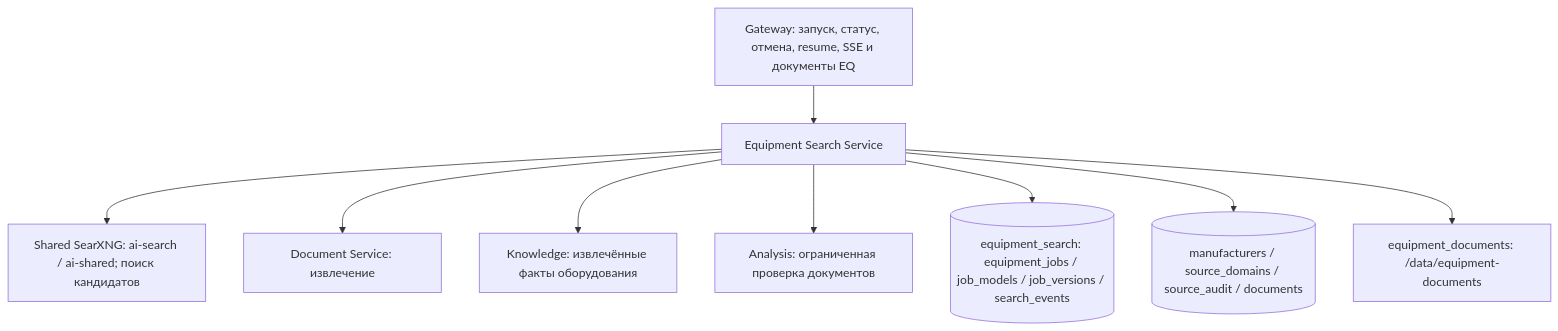
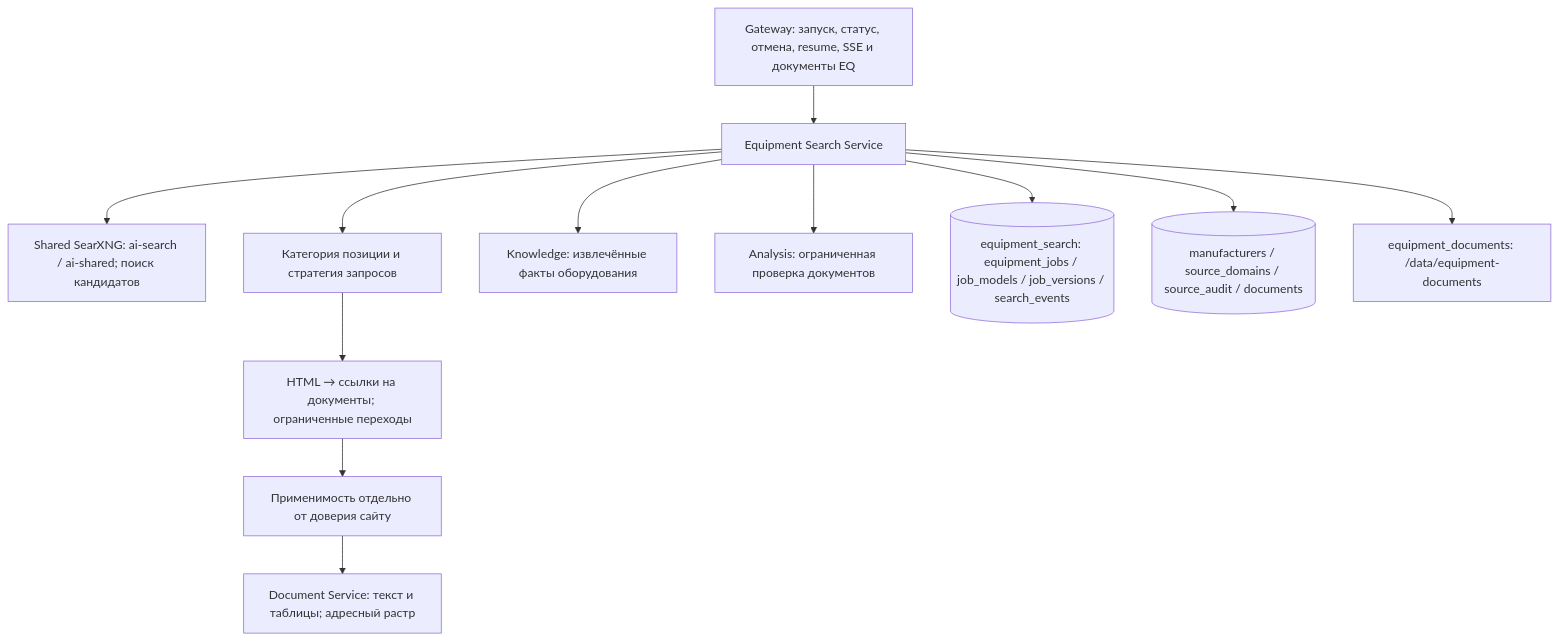
Diagram 21 of 36 in README.md (Amadu-A/PDRD-validation), drawn with Mermaid before and after one commit. The commit also changed other lines of this file and 60 other files, not shown here.

````diff
--- a/README.md
+++ b/README.md
@@ -925,11 +925,14 @@
 ```mermaid
 flowchart TD
     GW["Gateway: запуск, статус, отмена, resume, SSE и документы EQ"] --> EQ["Equipment Search Service"]
     EQ --> SEARCH["Shared SearXNG: ai-search / ai-shared; поиск кандидатов"]
-    EQ --> DOC["Document Service: извлечение"]
+    EQ --> KIND["Категория позиции и стратегия запросов"]
+    KIND --> DISCOVERY["HTML → ссылки на документы; ограниченные переходы"]
+    DISCOVERY --> ASSESS["Применимость отдельно от доверия сайту"]
+    ASSESS --> DOC["Document Service: текст и таблицы; адресный растр"]
     EQ --> KNOW["Knowledge: извлечённые факты оборудования"]
     EQ --> AS["Analysis: ограниченная проверка документов"]
     EQ --> DB[("equipment_search: equipment_jobs / job_models / job_versions / search_events")]
     EQ --> CATALOG[("manufacturers / source_domains / source_audit / documents")]
     EQ --> FILES["equipment_documents: /data/equipment-documents"]
 ```
````
